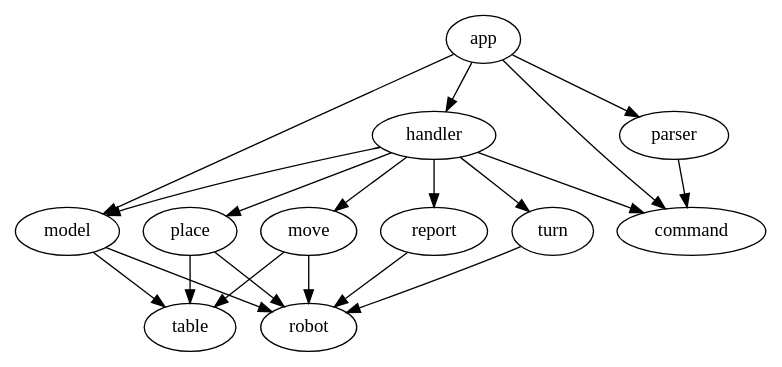
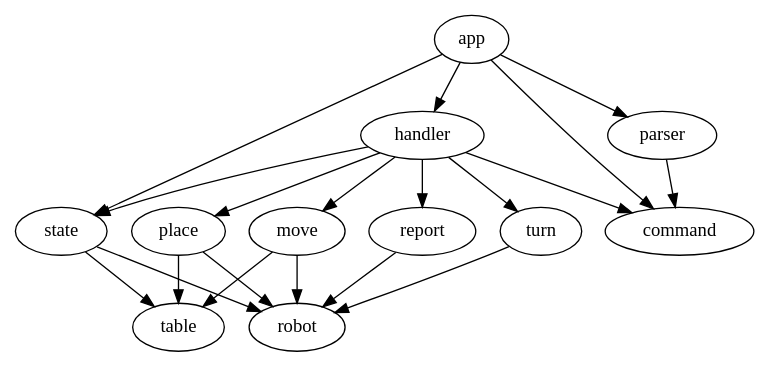
The second of 5 diagrams in doc.md (jnnnnn/toyrobotgolang), drawn with Graphviz before and after one commit. The commit also changed other lines of this file and 14 other files, not shown here.

````diff
--- a/doc.md
+++ b/doc.md
@@ -21,12 +21,12 @@
 ```graphviz
 digraph {
     { move place } -> { robot table }
     { turn report } -> { robot }
-    { app } -> { model parser command handler }
+    { app } -> { state parser command handler }
     { parser } -> { command }
     { handler } -> { move place turn report }
     handler -> command
-    handler -> model
-    { model } -> { robot table }
+    handler -> state
+    { state } -> { robot table }
 }
 ```
````
